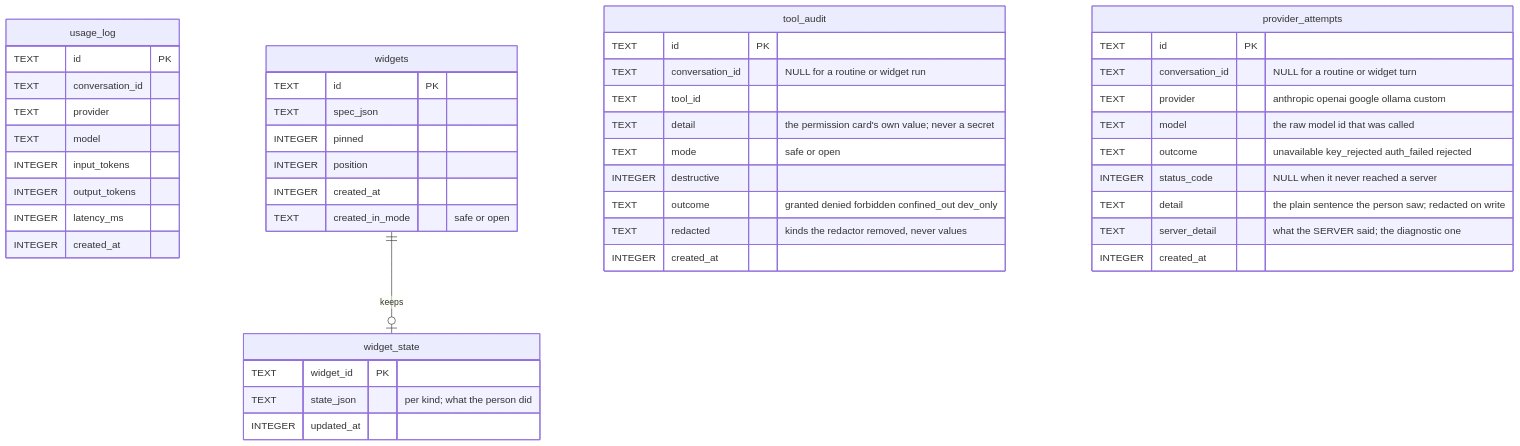
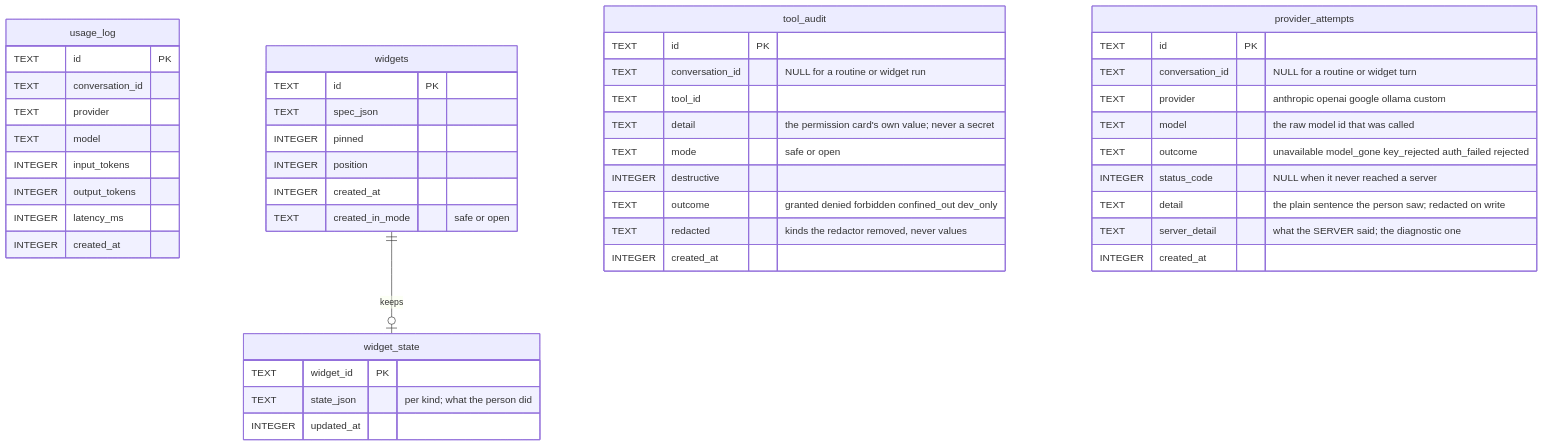
Before and after one commit to N041M/Addison: the third of 3 diagrams in docs/data-model.md, drawn with Mermaid. The commit also changed 5 other files, not shown here.

````diff
--- a/docs/data-model.md
+++ b/docs/data-model.md
@@ -480,49 +480,49 @@
 ```mermaid
 erDiagram
     usage_log {
         TEXT id PK
         TEXT conversation_id
         TEXT provider
         TEXT model
         INTEGER input_tokens
         INTEGER output_tokens
         INTEGER latency_ms
         INTEGER created_at
     }
     widgets {
         TEXT id PK
         TEXT spec_json
         INTEGER pinned
         INTEGER position
         INTEGER created_at
         TEXT created_in_mode "safe or open"
     }
     widget_state {
         TEXT widget_id PK
         TEXT state_json "per kind; what the person did"
         INTEGER updated_at
     }
     widgets ||--o| widget_state : keeps
     tool_audit {
         TEXT id PK
         TEXT conversation_id "NULL for a routine or widget run"
         TEXT tool_id
         TEXT detail "the permission card's own value; never a secret"
         TEXT mode "safe or open"
         INTEGER destructive
         TEXT outcome "granted denied forbidden confined_out dev_only"
         TEXT redacted "kinds the redactor removed, never values"
         INTEGER created_at
     }
     provider_attempts {
         TEXT id PK
         TEXT conversation_id "NULL for a routine or widget turn"
         TEXT provider "anthropic openai google ollama custom"
         TEXT model "the raw model id that was called"
-        TEXT outcome "unavailable key_rejected auth_failed rejected"
+        TEXT outcome "unavailable model_gone key_rejected auth_failed rejected"
         INTEGER status_code "NULL when it never reached a server"
         TEXT detail "the plain sentence the person saw; redacted on write"
         TEXT server_detail "what the SERVER said; the diagnostic one"
         INTEGER created_at
     }
 ```
````
